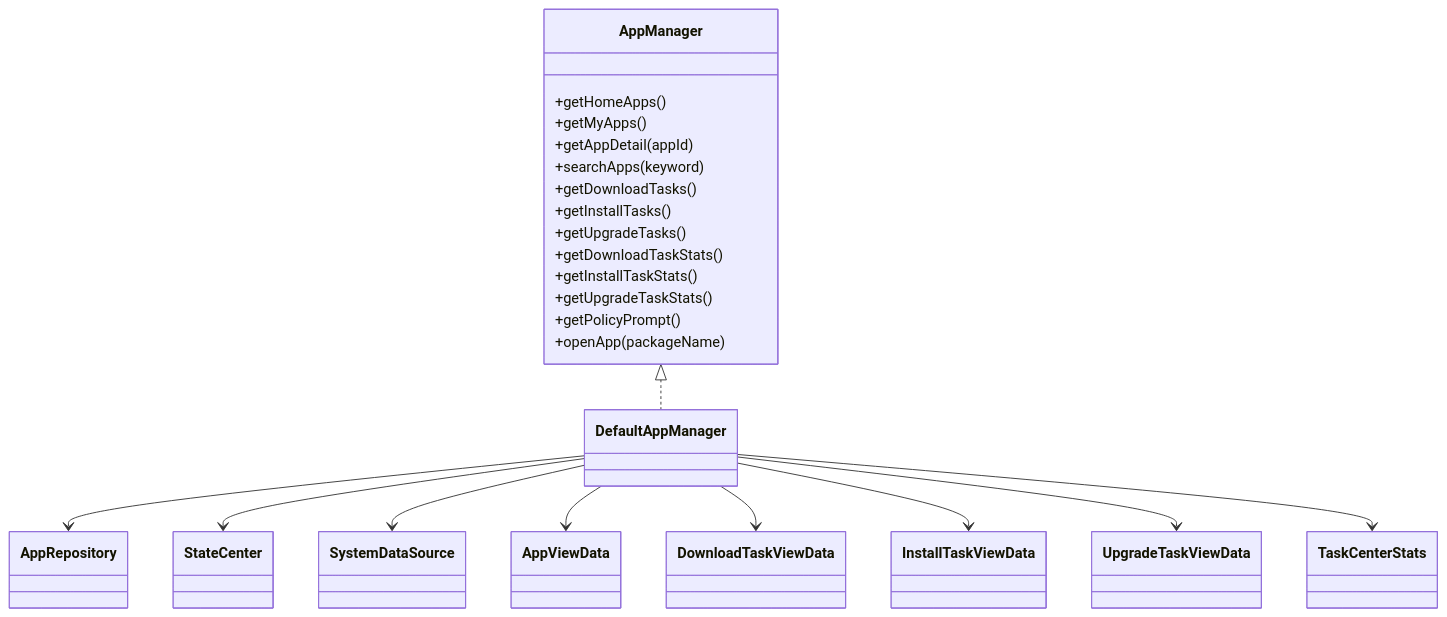
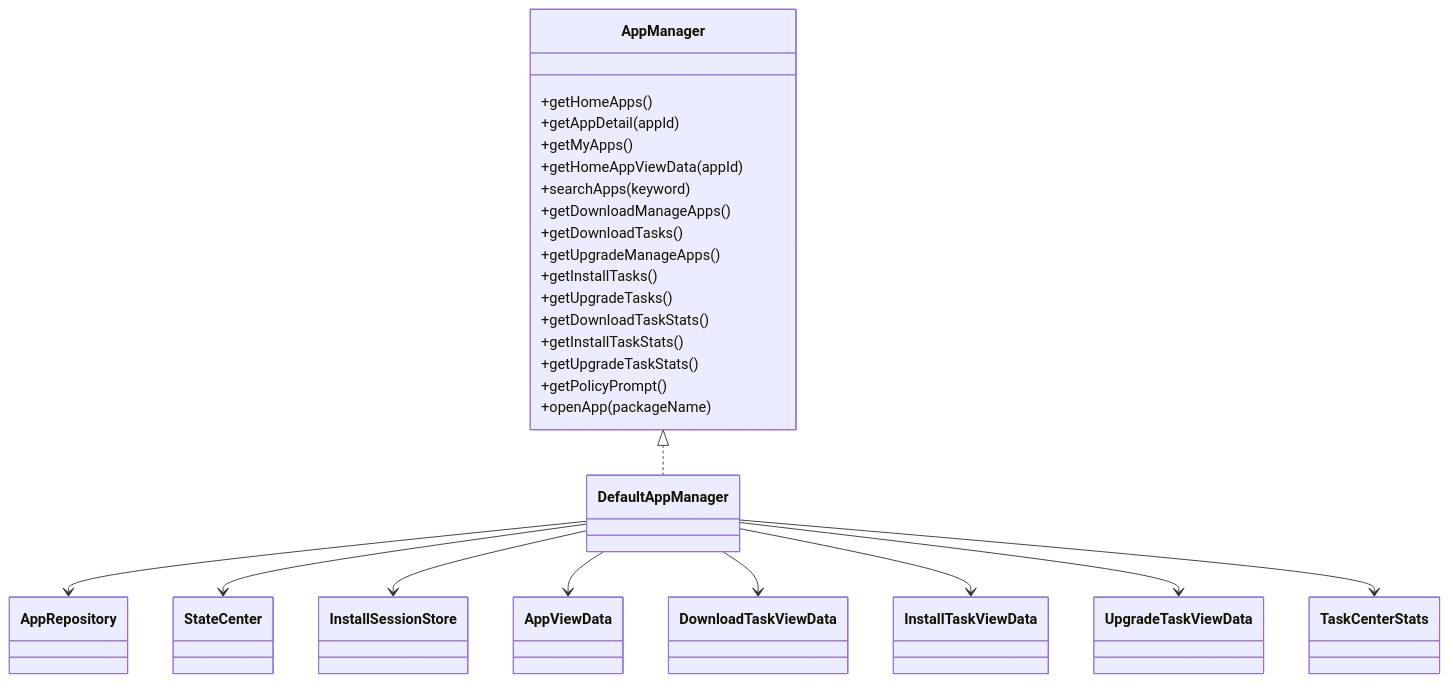
The second of 4 diagrams in docs/14-应用管理模块架构与流程.md (XZQ/CarAppStore), drawn with Mermaid before and after one commit. The commit also changed other lines of this file and 35 other files, not shown here.

Commit message:
Docs: reorganize architecture docs and handoff guide

````diff
--- a/docs/14-应用管理模块架构与流程.md
+++ b/docs/14-应用管理模块架构与流程.md
@@ -56,38 +60,41 @@
 ```mermaid
 classDiagram
 
 class AppManager {
   +getHomeApps()
+  +getAppDetail(appId)
   +getMyApps()
-  +getAppDetail(appId)
+  +getHomeAppViewData(appId)
   +searchApps(keyword)
+  +getDownloadManageApps()
   +getDownloadTasks()
+  +getUpgradeManageApps()
   +getInstallTasks()
   +getUpgradeTasks()
   +getDownloadTaskStats()
   +getInstallTaskStats()
   +getUpgradeTaskStats()
   +getPolicyPrompt()
   +openApp(packageName)
 }
 
 class DefaultAppManager
 class AppRepository
 class StateCenter
-class SystemDataSource
+class InstallSessionStore
 class AppViewData
 class DownloadTaskViewData
 class InstallTaskViewData
 class UpgradeTaskViewData
 class TaskCenterStats
 
 AppManager <|.. DefaultAppManager
 DefaultAppManager --> AppRepository
 DefaultAppManager --> StateCenter
-DefaultAppManager --> SystemDataSource
+DefaultAppManager --> InstallSessionStore
 DefaultAppManager --> AppViewData
 DefaultAppManager --> DownloadTaskViewData
 DefaultAppManager --> InstallTaskViewData
 DefaultAppManager --> UpgradeTaskViewData
 DefaultAppManager --> TaskCenterStats
 ```
````
